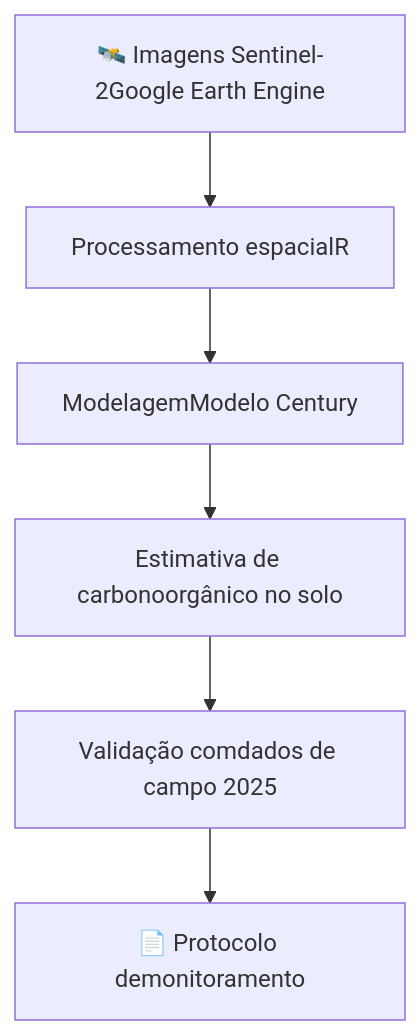
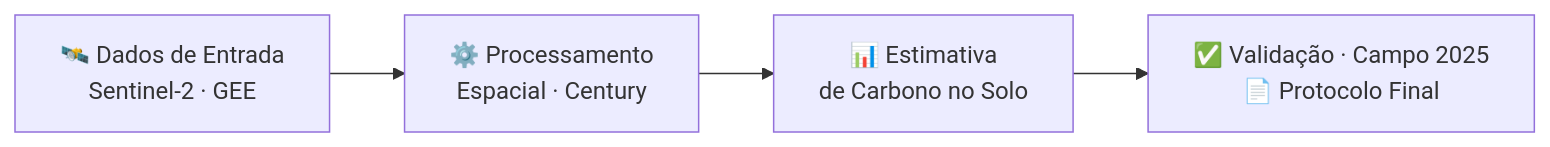
The second of 2 diagrams in docs/mds/contexto.md (FelipeJesusRemoteSensing/CarbonProgram), drawn with Mermaid before and after one commit. The commit also changed other lines of this file, not shown here.

````diff
--- a/docs/mds/contexto.md
+++ b/docs/mds/contexto.md
@@ -45,8 +43,7 @@
 ```mermaid
-flowchart TD
-    A[🛰️ Imagens Sentinel-2Google Earth Engine] --> B[Processamento espacialR]
-    B --> C[ModelagemModelo Century]
-    C --> D[Estimativa de carbonoorgânico no solo]
-    D --> E[Validação comdados de campo 2025]
-    E --> F[📄 Protocolo demonitoramento]
+flowchart LR
+    A[🛰️ Dados de Entrada<br>Sentinel-2 · GEE] --> B[⚙️ Processamento<br>Espacial · Century]
+    B --> C[📊 Estimativa<br>de Carbono no Solo]
+    C --> D[✅ Validação · Campo 2025<br>📄 Protocolo Final]
+
 ```
````
